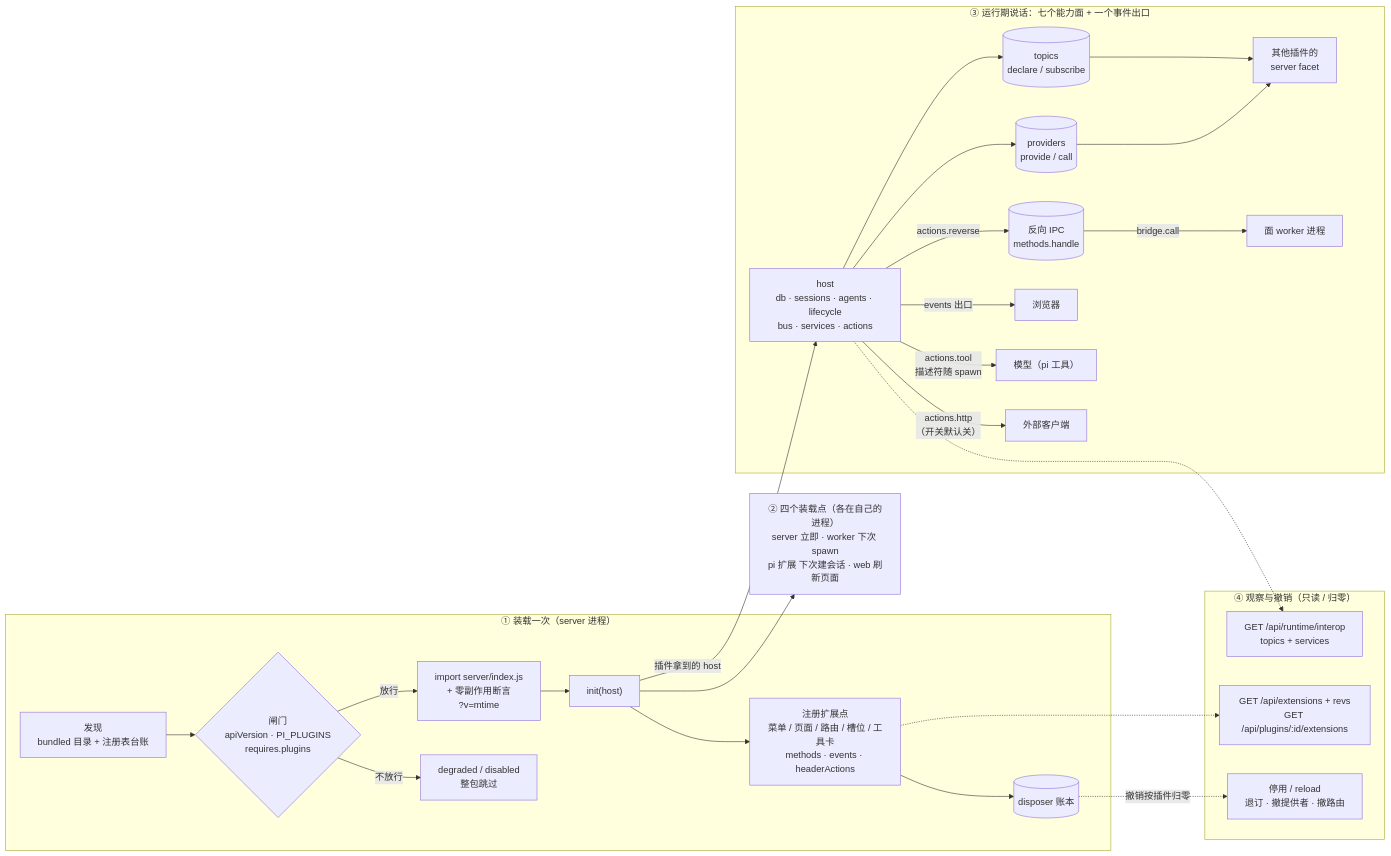
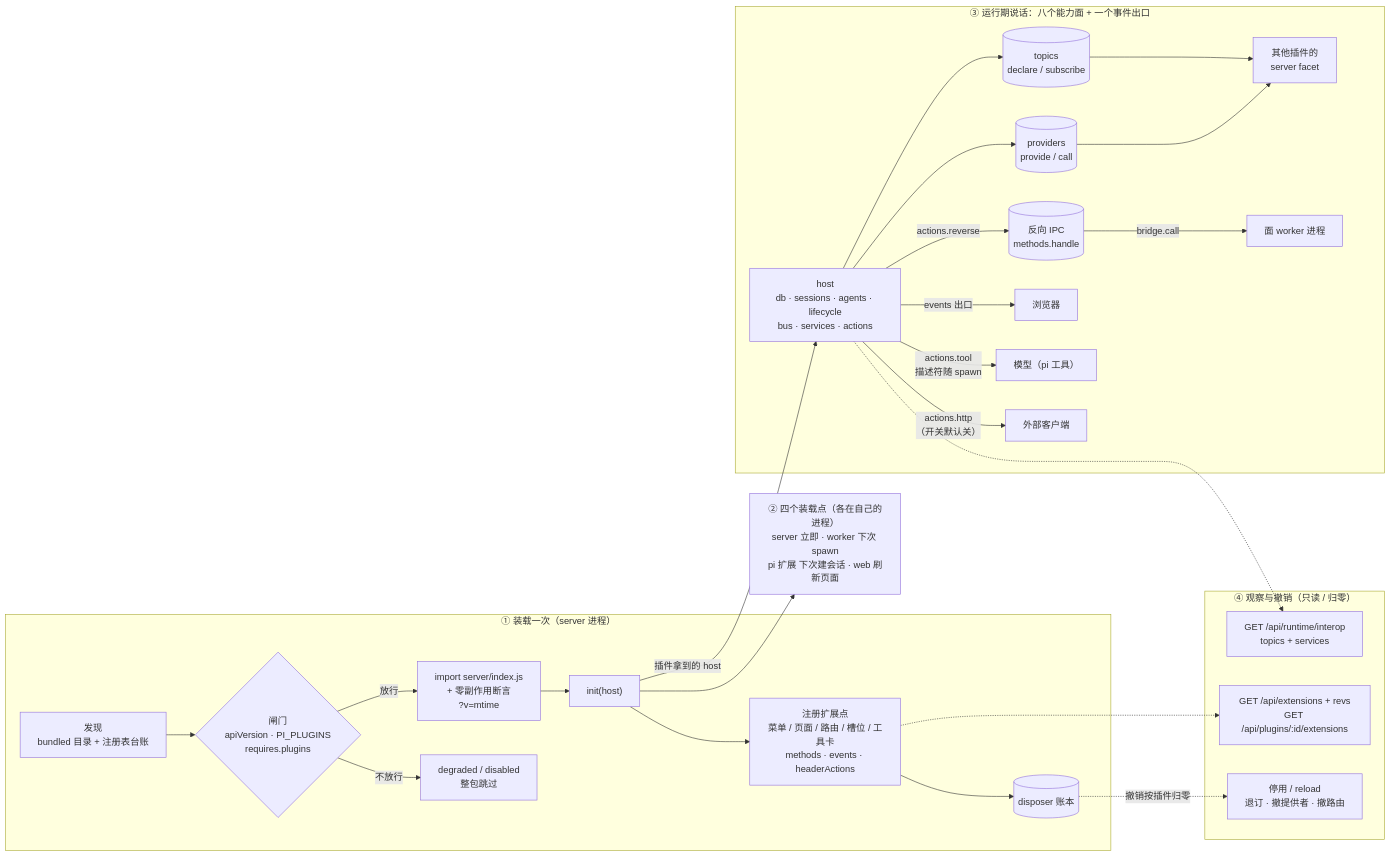
The diagram in doc/architecture/pi-agent-server_plugins-runtime.md (shinexsf/pi-agent-platform), drawn with Mermaid before and after one commit. The commit also changed other lines of this file and 10 other files, not shown here.

````diff
--- a/doc/architecture/pi-agent-server_plugins-runtime.md
+++ b/doc/architecture/pi-agent-server_plugins-runtime.md
@@ -21,47 +21,47 @@
 ```mermaid
 flowchart LR
   subgraph L1["① 装载一次（server 进程）"]
     A1["发现<br/>bundled 目录 + 注册表台账"]
     A2{"闸门<br/>apiVersion · PI_PLUGINS<br/>requires.plugins"}
     A3["import server/index.js<br/>+ 零副作用断言<br/>?v=mtime"]
     A4["init(host)"]
     A5["注册扩展点<br/>菜单 / 页面 / 路由 / 槽位 / 工具卡<br/>methods · events · headerActions"]
     A6[("disposer 账本")]
     A7["degraded / disabled<br/>整包跳过"]
     A1 --> A2
     A2 -->|"放行"| A3 --> A4 --> A5 --> A6
     A2 -->|"不放行"| A7
   end
 
   B0["② 四个装载点（各在自己的进程）<br/>server 立即 · worker 下次 spawn<br/>pi 扩展 下次建会话 · web 刷新页面"]
 
-  subgraph L3["③ 运行期说话：七个能力面 + 一个事件出口"]
+  subgraph L3["③ 运行期说话：八个能力面 + 一个事件出口"]
     C0["host<br/>db · sessions · agents · lifecycle<br/>bus · services · actions"]
     C1[("topics<br/>declare / subscribe")]
     C2[("providers<br/>provide / call")]
     C3[("反向 IPC<br/>methods.handle")]
     C4["其他插件的<br/>server facet"]
     C5["面 worker 进程"]
     C6["浏览器"]
     C7["模型（pi 工具）"]
     C8["外部客户端"]
     C0 --> C1 --> C4
     C0 --> C2 --> C4
     C0 -->|"actions.reverse"| C3 -->|"bridge.call"| C5
     C0 -->|"actions.tool<br/>描述符随 spawn"| C7
     C0 -->|"actions.http<br/>（开关默认关）"| C8
     C0 -->|"events 出口"| C6
   end
 
   subgraph L4["④ 观察与撤销（只读 / 归零）"]
     D1["GET /api/runtime/interop<br/>topics + services"]
     D2["GET /api/extensions + revs<br/>GET /api/plugins/:id/extensions"]
     D3["停用 / reload<br/>退订 · 撤提供者 · 撤路由"]
   end
 
   A4 -->|"插件拿到的 host"| C0
   A4 --> B0
   A6 -.->|"撤销按插件归零"| D3
   C0 -.-> D1
   A5 -.-> D2
 ```
````
